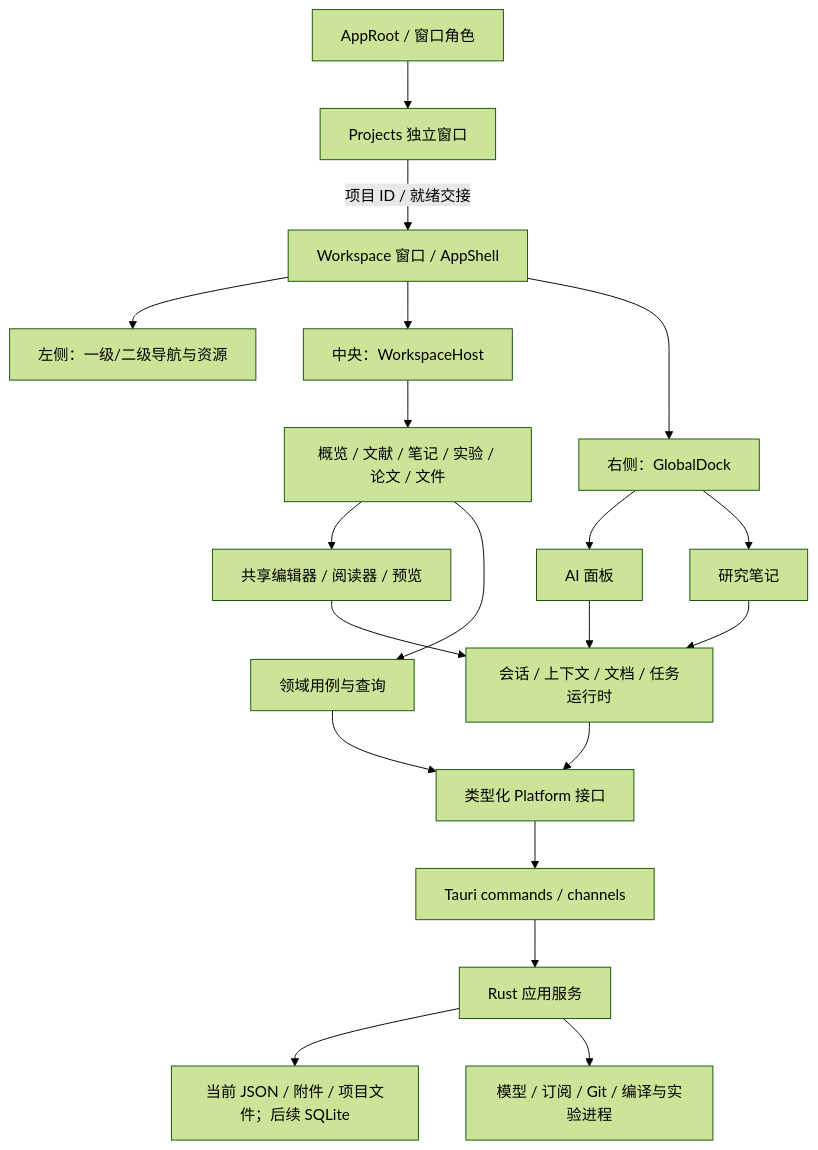
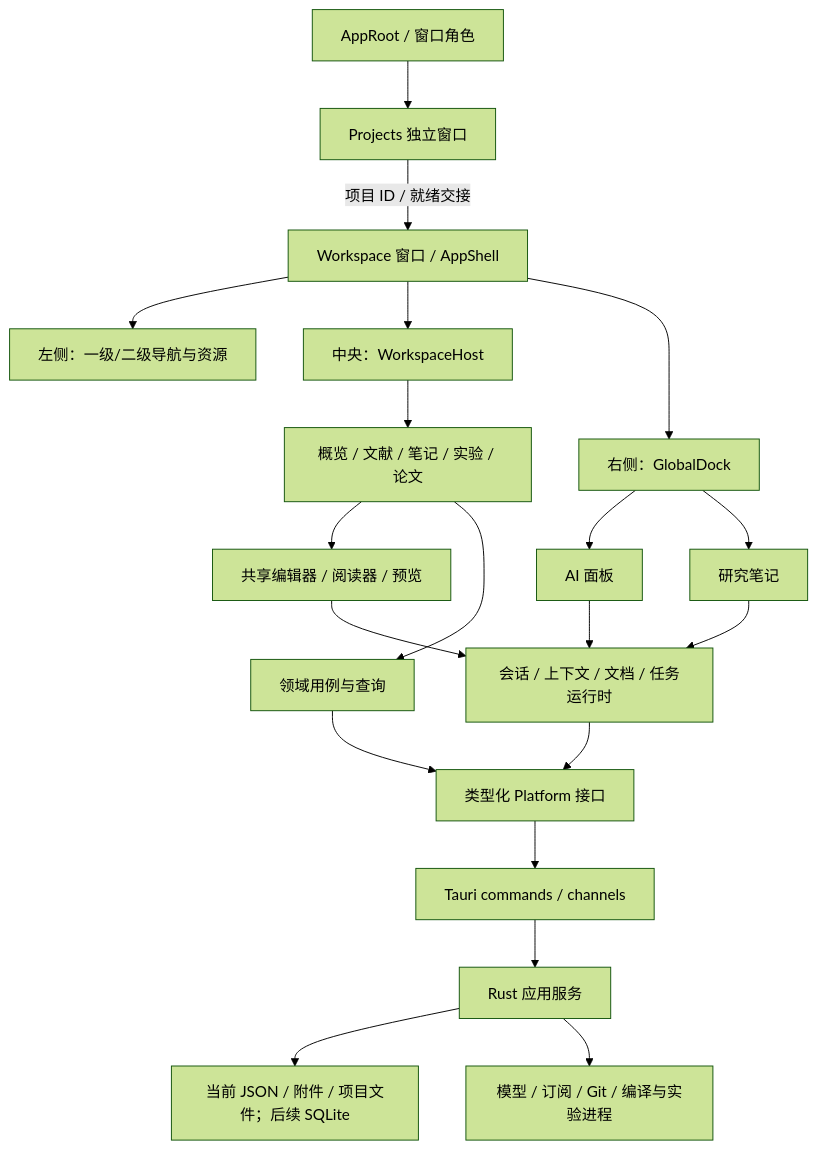
The diagram in docs/架构设计/技术方案.md (2214331539/Scientify), drawn with Mermaid (forest theme) before and after one commit. The commit also changed other lines of this file and 32 other files, not shown here.

````diff
--- a/docs/架构设计/技术方案.md
+++ b/docs/架构设计/技术方案.md
@@ -120,22 +120,22 @@
 ```mermaid
 flowchart TB
   A[AppRoot / 窗口角色] --> P0[Projects 独立窗口]
   P0 -->|项目 ID / 就绪交接| S[Workspace 窗口 / AppShell]
   S --> L[左侧：一级/二级导航与资源]
   S --> C[中央：WorkspaceHost]
   S --> D[右侧：GlobalDock]
-  C --> W[概览 / 文献 / 笔记 / 实验 / 论文 / 文件]
+  C --> W[概览 / 文献 / 笔记 / 实验 / 论文]
   W --> E[共享编辑器 / 阅读器 / 预览]
   D --> AI[AI 面板]
   D --> N[研究笔记]
   W --> F[领域用例与查询]
   AI --> R[会话 / 上下文 / 文档 / 任务运行时]
   N --> R
   E --> R
   F --> P[类型化 Platform 接口]
   R --> P
   P --> T[Tauri commands / channels]
   T --> U[Rust 应用服务]
   U --> DB[当前 JSON / 附件 / 项目文件；后续 SQLite]
   U --> X[模型 / 订阅 / Git / 编译与实验进程]
 ```
````
